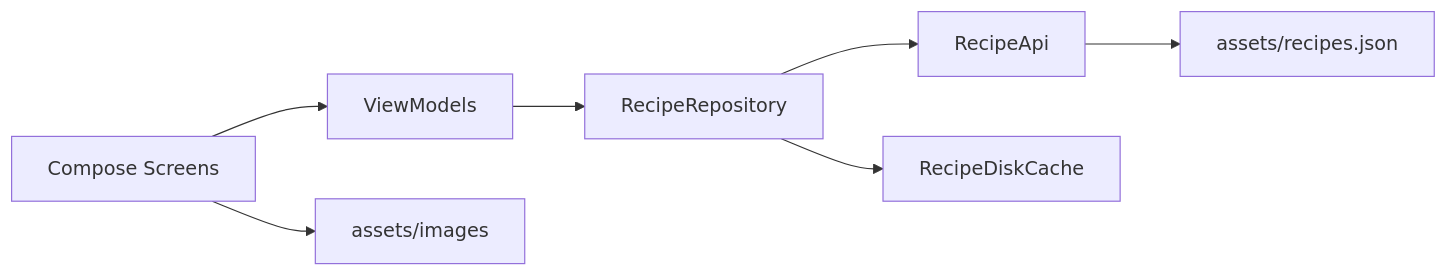
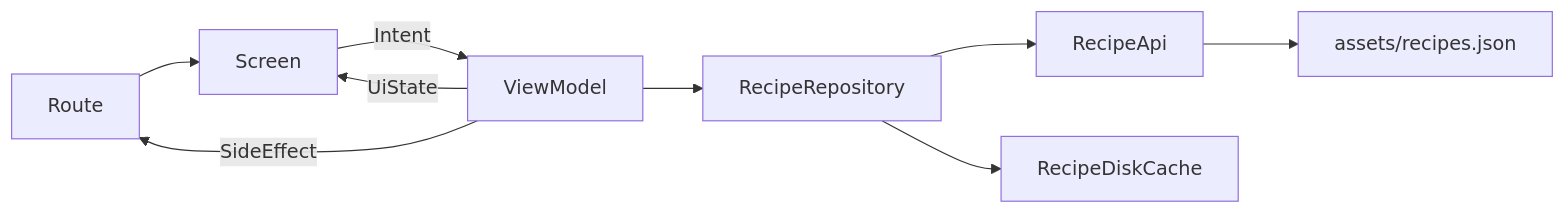
The diagram in README.md (Tharsisboamorte/Recipebox-ReciMe-challenge-), drawn with Mermaid before and after one commit. The commit also changed other lines of this file and 34 other files, not shown here.

First line of the commit message:
Refactor architecture to MVI, extract config and design tokens, and enable release build optimizations

````diff
--- a/README.md
+++ b/README.md
@@ -44,9 +45,11 @@
 ```mermaid
 flowchart LR
-  UI[Compose Screens] --> VM[ViewModels]
+  Route --> Screen
+  Screen -->|Intent| VM[ViewModel]
+  VM -->|UiState| Screen
+  VM -->|SideEffect| Route
   VM --> Repo[RecipeRepository]
   Repo --> Api[RecipeApi]
   Repo --> Cache[RecipeDiskCache]
   Api --> Json[assets/recipes.json]
-  UI --> Assets[assets/images]
 ```
````
